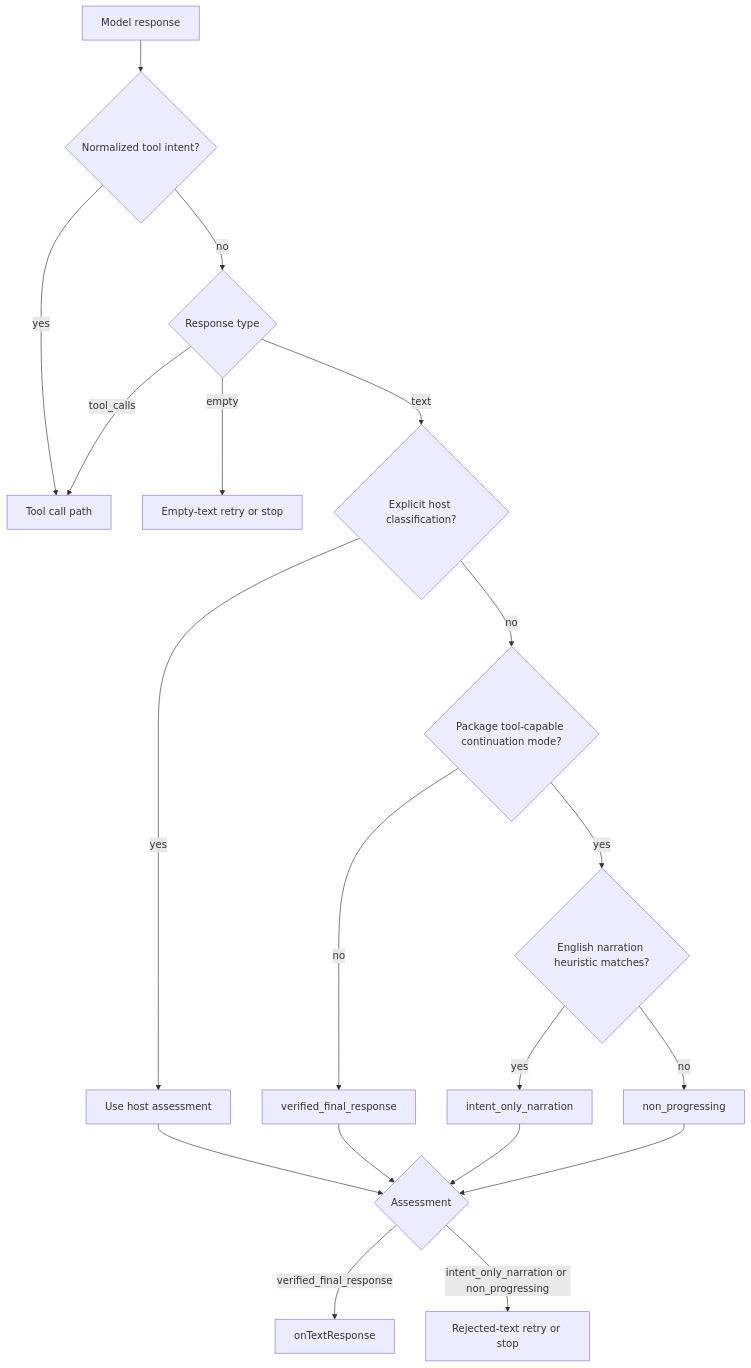
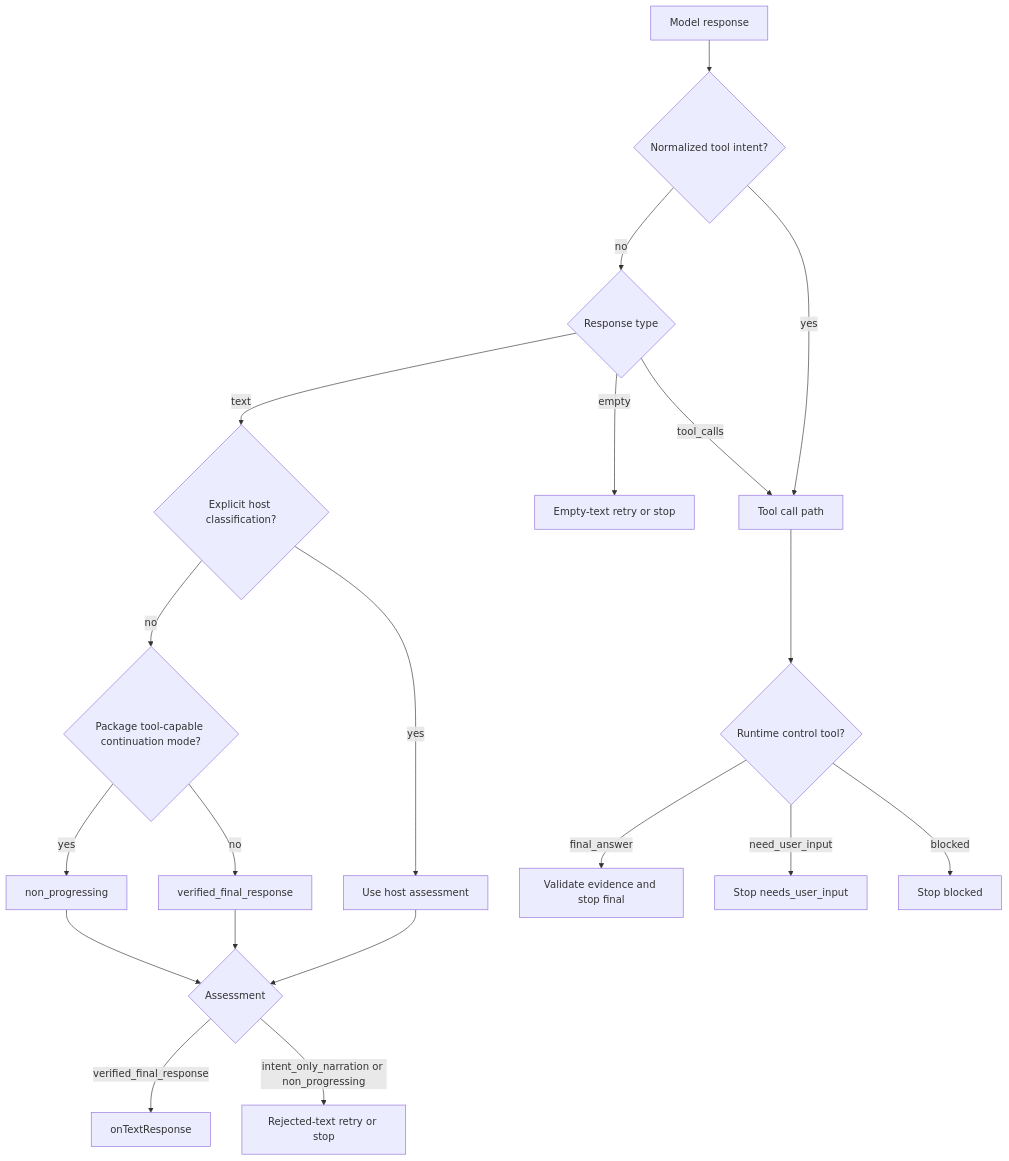
Before and after one commit to yysun/llm-runtime: the diagram in .docs/plans/2026/05/14/plan-natural-language-continuation.md, drawn with Mermaid. The commit also changed other lines of this file and 5 other files, not shown here.

````diff
--- a/.docs/plans/2026/05/14/plan-natural-language-continuation.md
+++ b/.docs/plans/2026/05/14/plan-natural-language-continuation.md
@@ -99,21 +165,22 @@
 ```mermaid
 flowchart TD
     A[Model response] --> B{Normalized tool intent?}
     B -->|yes| C[Tool call path]
     B -->|no| D{Response type}
     D -->|empty| E[Empty-text retry or stop]
     D -->|tool_calls| C
     D -->|text| F{Explicit host classification?}
     F -->|yes| G[Use host assessment]
     F -->|no| H{Package tool-capable continuation mode?}
     H -->|no| I[verified_final_response]
-    H -->|yes| J{English narration heuristic matches?}
-    J -->|yes| K[intent_only_narration]
-    J -->|no| L[non_progressing]
+    H -->|yes| L[non_progressing]
     G --> M{Assessment}
     I --> M
-    K --> M
     L --> M
     M -->|verified_final_response| N[onTextResponse]
     M -->|intent_only_narration or non_progressing| O[Rejected-text retry or stop]
+    C --> P{Runtime control tool?}
+    P -->|final_answer| Q[Validate evidence and stop final]
+    P -->|need_user_input| R[Stop needs_user_input]
+    P -->|blocked| S[Stop blocked]
 ```
````
